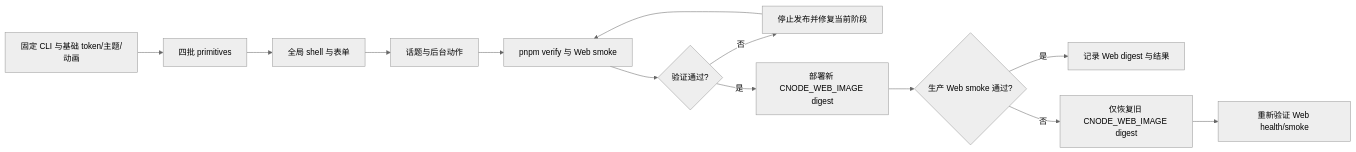
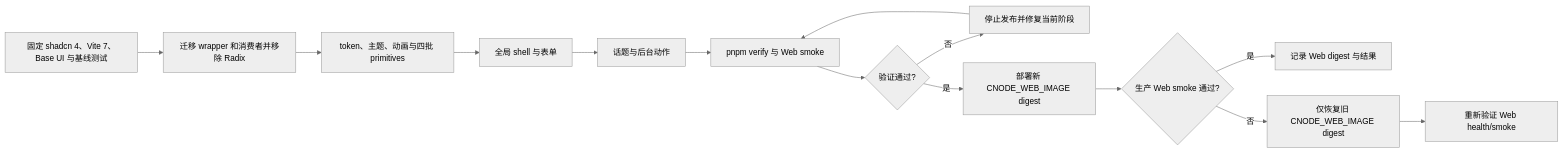
The second of 2 diagrams in openspec/changes/harden-web-ui-system/design.md (cnodejs/cnode-next), drawn with Mermaid (neutral theme) before and after one commit. The commit also changed other lines of this file and 81 other files, not shown here.

````diff
--- a/openspec/changes/harden-web-ui-system/design.md
+++ b/openspec/changes/harden-web-ui-system/design.md
@@ -168,15 +173,16 @@
 ```mermaid
 flowchart LR
-    A[固定 CLI 与基础 token/主题/动画] --> B[四批 primitives]
-    B --> C[全局 shell 与表单]
-    C --> D[话题与后台动作]
-    D --> E[pnpm verify 与 Web smoke]
-    E --> F{验证通过?}
-    F -- 否 --> G[停止发布并修复当前阶段]
-    G --> E
-    F -- 是 --> H[部署新 CNODE_WEB_IMAGE digest]
-    H --> I{生产 Web smoke 通过?}
-    I -- 是 --> J[记录 Web digest 与结果]
-    I -- 否 --> K[仅恢复旧 CNODE_WEB_IMAGE digest]
-    K --> L[重新验证 Web health/smoke]
+    A[固定 shadcn 4、Vite 7、Base UI 与基线测试] --> B[迁移 wrapper 和消费者并移除 Radix]
+    B --> C[token、主题、动画与四批 primitives]
+    C --> D[全局 shell 与表单]
+    D --> E[话题与后台动作]
+    E --> F[pnpm verify 与 Web smoke]
+    F --> G{验证通过?}
+    G -- 否 --> H[停止发布并修复当前阶段]
+    H --> F
+    G -- 是 --> I[部署新 CNODE_WEB_IMAGE digest]
+    I --> J{生产 Web smoke 通过?}
+    J -- 是 --> K[记录 Web digest 与结果]
+    J -- 否 --> L[仅恢复旧 CNODE_WEB_IMAGE digest]
+    L --> M[重新验证 Web health/smoke]
 ```
````
